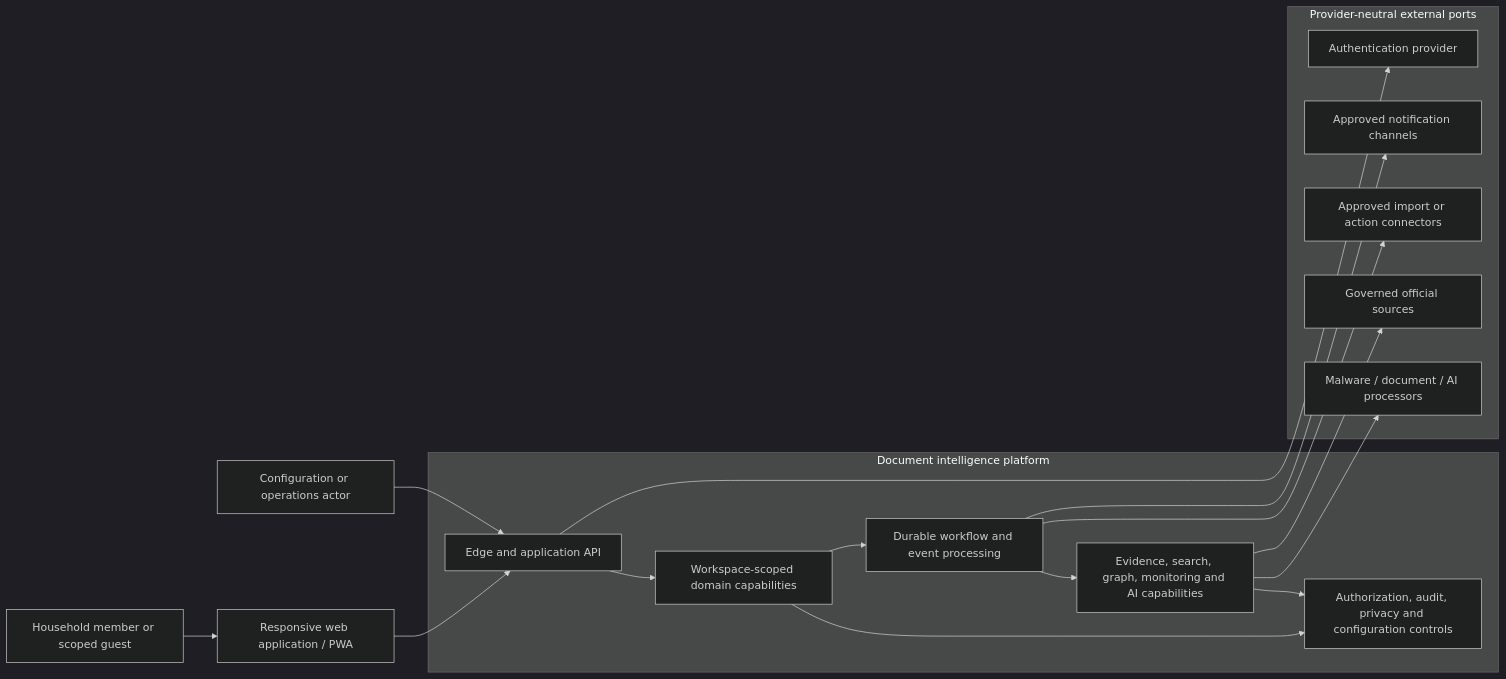
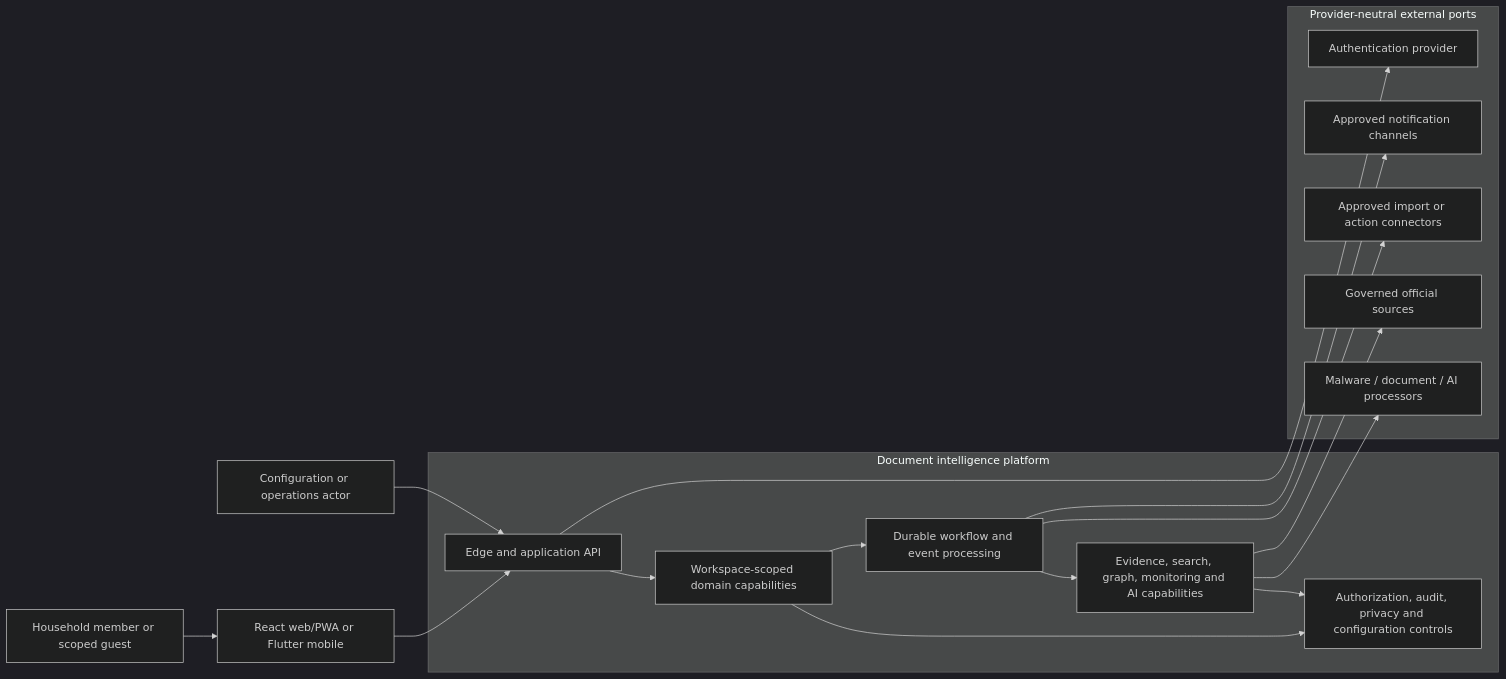
One commit to syedtabishmobin/DocumentManagement changed the first of 3 diagrams in docs/02-architecture/01-solution-architecture.md. Above: the diagram before and after it, drawn with Mermaid (dark theme). The commit also changed other lines of this file and 119 other files, not shown here.

````diff
--- a/docs/02-architecture/01-solution-architecture.md
+++ b/docs/02-architecture/01-solution-architecture.md
@@ -48,36 +51,36 @@
 ```mermaid
 flowchart LR
     Human[Household member or scoped guest]
     Operator[Configuration or operations actor]
-    Client[Responsive web application / PWA]
+    Client[React web/PWA or Flutter mobile]
 
     subgraph Platform[Document intelligence platform]
         Edge[Edge and application API]
         Core[Workspace-scoped domain capabilities]
         Async[Durable workflow and event processing]
         Intelligence[Evidence, search, graph, monitoring and AI capabilities]
         Trust[Authorization, audit, privacy and configuration controls]
     end
 
     subgraph External[Provider-neutral external ports]
         IdP[Authentication provider]
         Processor[Malware / document / AI processors]
         Authority[Governed official sources]
         Connector[Approved import or action connectors]
         Channel[Approved notification channels]
     end
 
     Human --> Client
     Client --> Edge
     Operator --> Edge
     Edge --> Core
     Core --> Trust
     Core --> Async
     Async --> Intelligence
     Intelligence --> Trust
     Edge --> IdP
     Intelligence --> Processor
     Intelligence --> Authority
     Async --> Connector
     Async --> Channel
 ```
````
